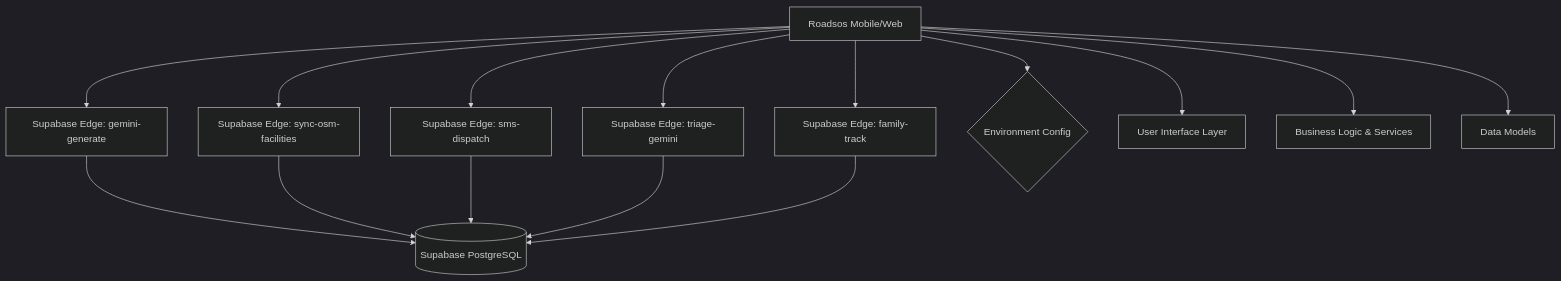
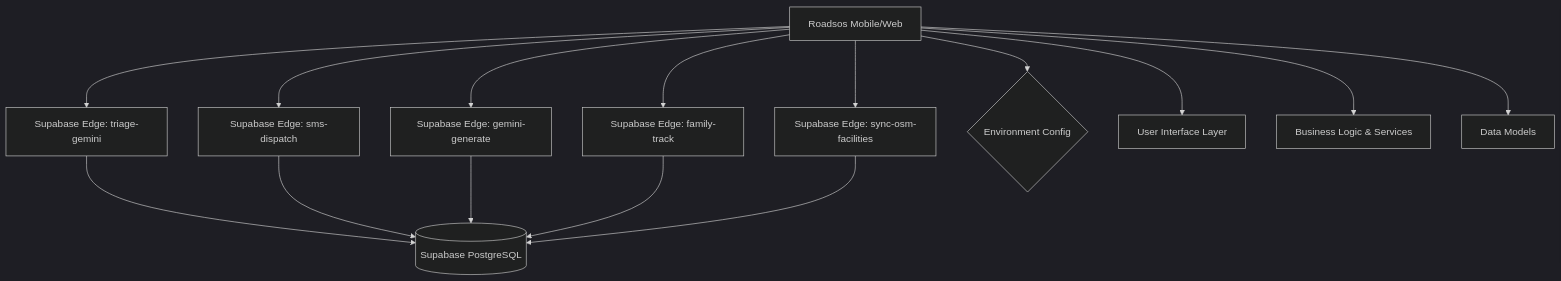
The first of 2 diagrams in docs/architecture/architecture.md (NITISH-R-G/RoadSOS), drawn with Mermaid (dark theme) before and after one commit. The commit also changed other lines of this file and 2 other files, not shown here.

Commit message:
docs: auto-update architecture, diagrams, and README

````diff
--- a/docs/architecture/architecture.md
+++ b/docs/architecture/architecture.md
@@ -5,18 +5,18 @@
 ```mermaid
 graph TD
     Client[Roadsos Mobile/Web] 
+    Client --> Function_triage_gemini[Supabase Edge: triage-gemini]
+    Function_triage_gemini --> SupabaseDB[(Supabase PostgreSQL)]
+    Client --> Function_sms_dispatch[Supabase Edge: sms-dispatch]
+    Function_sms_dispatch --> SupabaseDB[(Supabase PostgreSQL)]
     Client --> Function_gemini_generate[Supabase Edge: gemini-generate]
     Function_gemini_generate --> SupabaseDB[(Supabase PostgreSQL)]
+    Client --> Function_family_track[Supabase Edge: family-track]
+    Function_family_track --> SupabaseDB[(Supabase PostgreSQL)]
     Client --> Function_sync_osm_facilities[Supabase Edge: sync-osm-facilities]
     Function_sync_osm_facilities --> SupabaseDB[(Supabase PostgreSQL)]
-    Client --> Function_sms_dispatch[Supabase Edge: sms-dispatch]
-    Function_sms_dispatch --> SupabaseDB[(Supabase PostgreSQL)]
-    Client --> Function_triage_gemini[Supabase Edge: triage-gemini]
-    Function_triage_gemini --> SupabaseDB[(Supabase PostgreSQL)]
-    Client --> Function_family_track[Supabase Edge: family-track]
-    Function_family_track --> SupabaseDB[(Supabase PostgreSQL)]
     Client --> EnvVars{Environment Config}
     Client --> UI[User Interface Layer]
     Client --> Services[Business Logic & Services]
     Client --> Models[Data Models]
 ```
````
